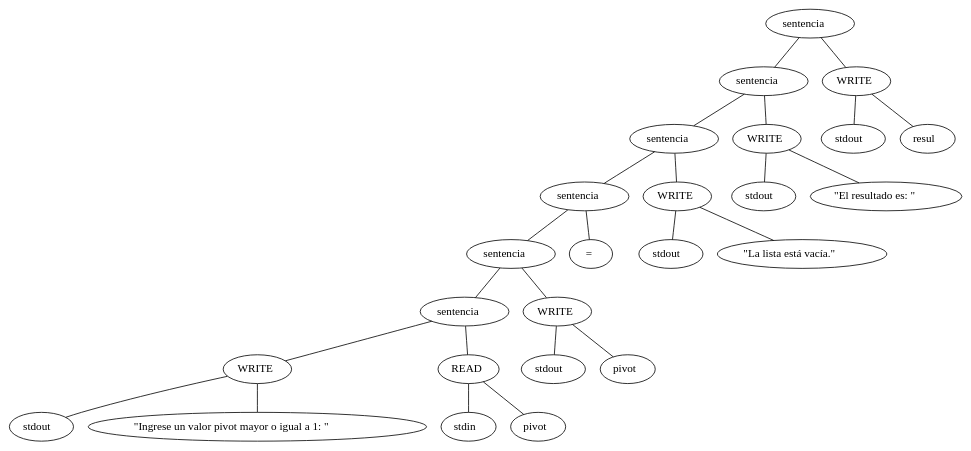
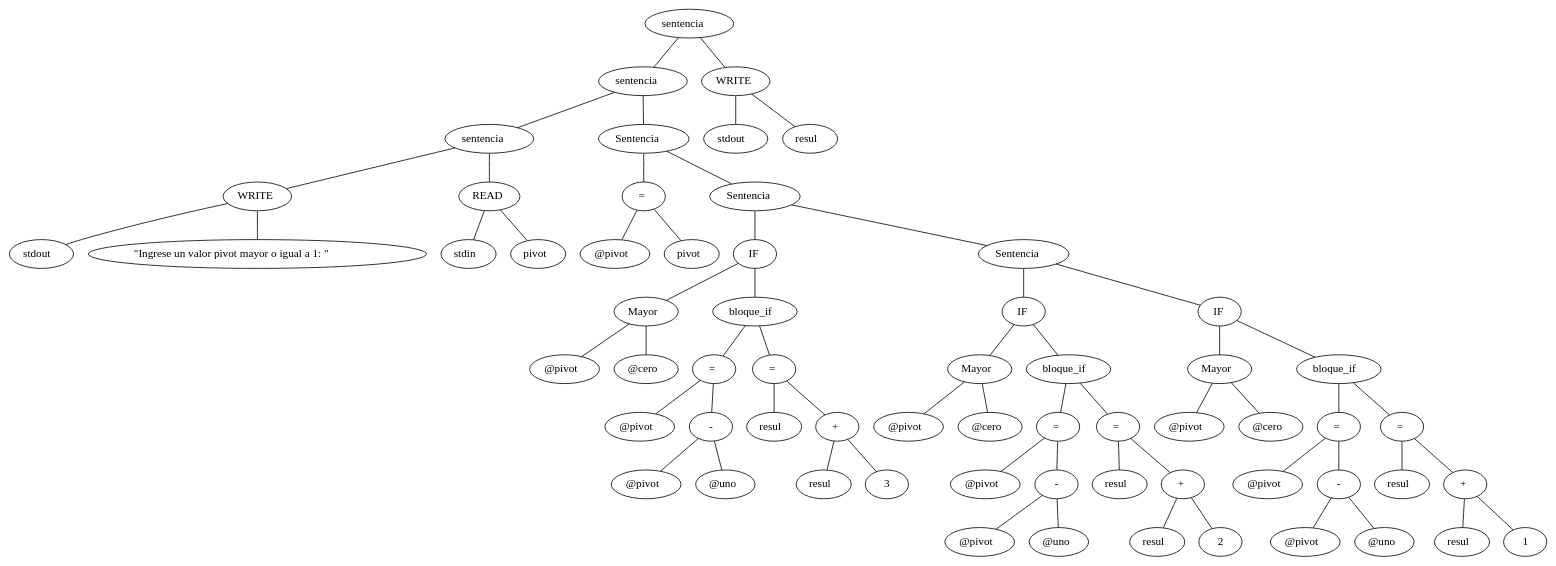
Before and after one commit to CristianGVera/EA3: the diagram in arbol.dot, drawn with Graphviz. The commit also changed 8 other files, not shown here.

```diff
--- a/arbol.dot
+++ b/arbol.dot
@@ -1,62 +1,157 @@
 graph g{
 	0[label=<sentencia>]
 	1[label=<sentencia>]
-	23[label=<WRITE>]
+	60[label=<WRITE>]
 	0--1
-	0--23
+	0--60
 	1[label=<sentencia>]
 	2[label=<sentencia>]
-	20[label=<WRITE>]
+	9[label=<Sentencia>]
 	1--2
-	1--20
+	1--9
 	2[label=<sentencia>]
-	3[label=<sentencia>]
-	17[label=<WRITE>]
+	3[label=<WRITE>]
+	6[label=<READ>]
 	2--3
-	2--17
-	3[label=<sentencia>]
-	4[label=<sentencia>]
-	15[label=<=>]
+	2--6
+	3[label=<WRITE>]
+	4[label=<stdout>]
+	5[label=<"Ingrese un valor pivot mayor o igual a 1: ">]
 	3--4
-	3--15
-	4[label=<sentencia>]
-	5[label=<sentencia>]
-	12[label=<WRITE>]
-	4--5
-	4--12
-	5[label=<sentencia>]
-	6[label=<WRITE>]
-	9[label=<READ>]
-	5--6
-	5--9
-	6[label=<WRITE>]
-	7[label=<stdout>]
-	8[label=<"Ingrese un valor pivot mayor o igual a 1: ">]
+	3--5
+	6[label=<READ>]
+	7[label=<stdin>]
+	8[label=<pivot>]
 	6--7
 	6--8
-	9[label=<READ>]
-	10[label=<stdin>]
-	11[label=<pivot>]
+	9[label=<Sentencia>]
+	10[label=<=>]
+	13[label=<Sentencia>]
 	9--10
-	9--11
-	12[label=<WRITE>]
-	13[label=<stdout>]
-	14[label=<pivot>]
-	12--13
-	12--14
-	17[label=<WRITE>]
-	18[label=<stdout>]
-	19[label=<"La lista está vacía.">]
-	17--18
-	17--19
-	20[label=<WRITE>]
-	21[label=<stdout>]
-	22[label=<"El resultado es: ">]
-	20--21
-	20--22
-	23[label=<WRITE>]
-	24[label=<stdout>]
+	9--13
+	10[label=<=>]
+	11[label=<@pivot>]
+	12[label=<pivot>]
+	10--11
+	10--12
+	13[label=<Sentencia>]
+	14[label=<IF>]
+	29[label=<Sentencia>]
+	13--14
+	13--29
+	14[label=<IF>]
+	15[label=<Mayor>]
+	18[label=<bloque_if>]
+	14--15
+	14--18
+	15[label=<Mayor>]
+	16[label=<@pivot>]
+	17[label=<@cero>]
+	15--16
+	15--17
+	18[label=<bloque_if>]
+	19[label=<=>]
+	24[label=<=>]
+	18--19
+	18--24
+	19[label=<=>]
+	20[label=<@pivot>]
+	21[label=<->]
+	19--20
+	19--21
+	21[label=<->]
+	22[label=<@pivot>]
+	23[label=<@uno>]
+	21--22
+	21--23
+	24[label=<=>]
 	25[label=<resul>]
-	23--24
-	23--25
+	26[label=<+>]
+	24--25
+	24--26
+	26[label=<+>]
+	27[label=<resul>]
+	28[label=<3>]
+	26--27
+	26--28
+	29[label=<Sentencia>]
+	30[label=<IF>]
+	45[label=<IF>]
+	29--30
+	29--45
+	30[label=<IF>]
+	31[label=<Mayor>]
+	34[label=<bloque_if>]
+	30--31
+	30--34
+	31[label=<Mayor>]
+	32[label=<@pivot>]
+	33[label=<@cero>]
+	31--32
+	31--33
+	34[label=<bloque_if>]
+	35[label=<=>]
+	40[label=<=>]
+	34--35
+	34--40
+	35[label=<=>]
+	36[label=<@pivot>]
+	37[label=<->]
+	35--36
+	35--37
+	37[label=<->]
+	38[label=<@pivot>]
+	39[label=<@uno>]
+	37--38
+	37--39
+	40[label=<=>]
+	41[label=<resul>]
+	42[label=<+>]
+	40--41
+	40--42
+	42[label=<+>]
+	43[label=<resul>]
+	44[label=<2>]
+	42--43
+	42--44
+	45[label=<IF>]
+	46[label=<Mayor>]
+	49[label=<bloque_if>]
+	45--46
+	45--49
+	46[label=<Mayor>]
+	47[label=<@pivot>]
+	48[label=<@cero>]
+	46--47
+	46--48
+	49[label=<bloque_if>]
+	50[label=<=>]
+	55[label=<=>]
+	49--50
+	49--55
+	50[label=<=>]
+	51[label=<@pivot>]
+	52[label=<->]
+	50--51
+	50--52
+	52[label=<->]
+	53[label=<@pivot>]
+	54[label=<@uno>]
+	52--53
+	52--54
+	55[label=<=>]
+	56[label=<resul>]
+	57[label=<+>]
+	55--56
+	55--57
+	57[label=<+>]
+	58[label=<resul>]
+	59[label=<1>]
+	57--58
+	57--59
+	60[label=<WRITE>]
+	61[label=<stdout>]
+	62[label=<resul>]
+	60--61
+	60--62
 }
```
